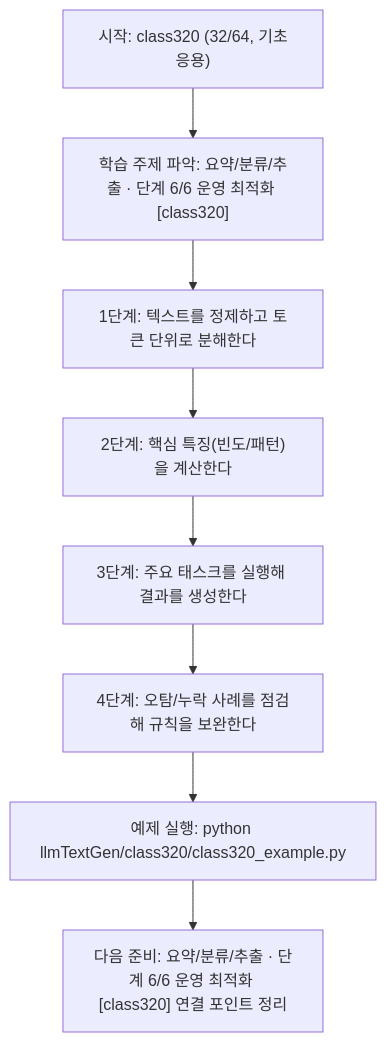
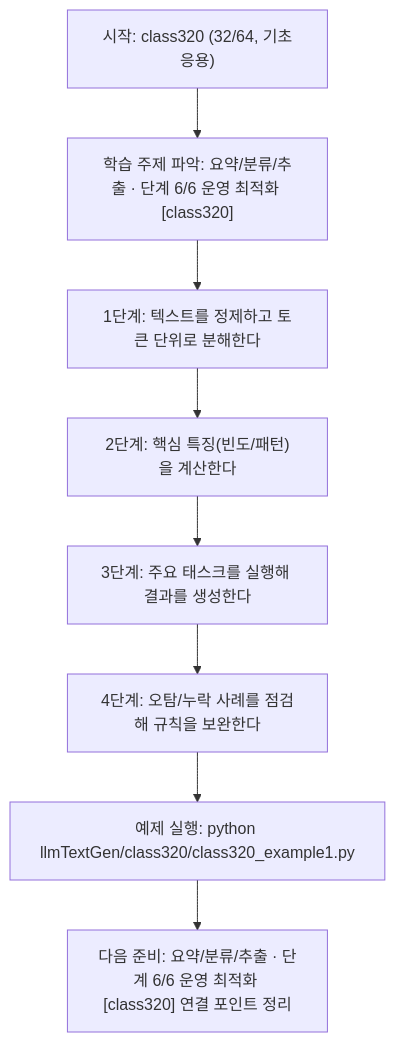
One commit to edumgt/Python-AI_Agent-Class changed the diagram in llmTextGen/class320/class320.md. Above: the diagram before and after it, drawn with Mermaid. The commit also changed other lines of this file and 2959 other files, not shown here.

````diff
--- a/llmTextGen/class320/class320.md
+++ b/llmTextGen/class320/class320.md
@@ -114,18 +114,18 @@
 ```mermaid
 flowchart TD
 N1["시작: class320 (32/64, 기초응용)"]
 N2["학습 주제 파악: 요약/분류/추출 · 단계 6/6 운영 최적화 [class320]"]
 N3["1단계: 텍스트를 정제하고 토큰 단위로 분해한다"]
 N4["2단계: 핵심 특징(빈도/패턴)을 계산한다"]
 N5["3단계: 주요 태스크를 실행해 결과를 생성한다"]
 N6["4단계: 오탐/누락 사례를 점검해 규칙을 보완한다"]
-N7["예제 실행: python llmTextGen/class320/class320_example.py"]
+N7["예제 실행: python llmTextGen/class320/class320_example1.py"]
 N8["다음 준비: 요약/분류/추출 · 단계 6/6 운영 최적화 [class320] 연결 포인트 정리"]
 N1 --> N2
 N2 --> N3
 N3 --> N4
 N4 --> N5
 N5 --> N6
 N6 --> N7
 N7 --> N8
 ```
````
